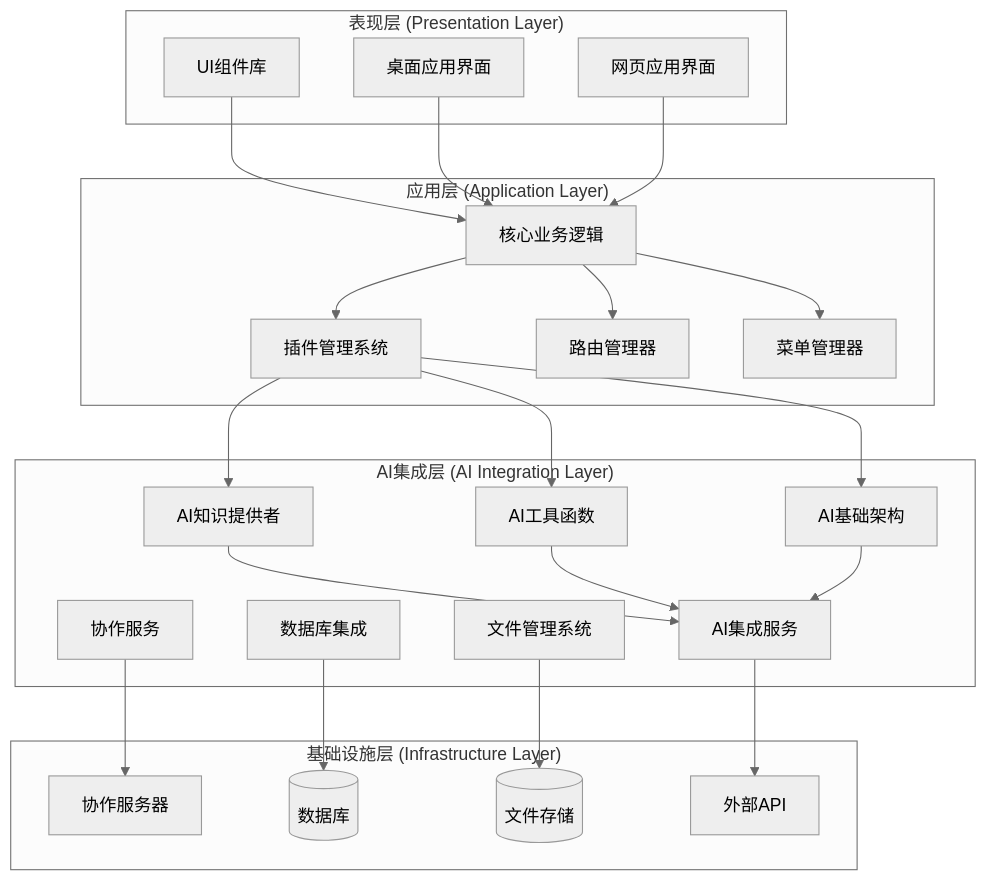
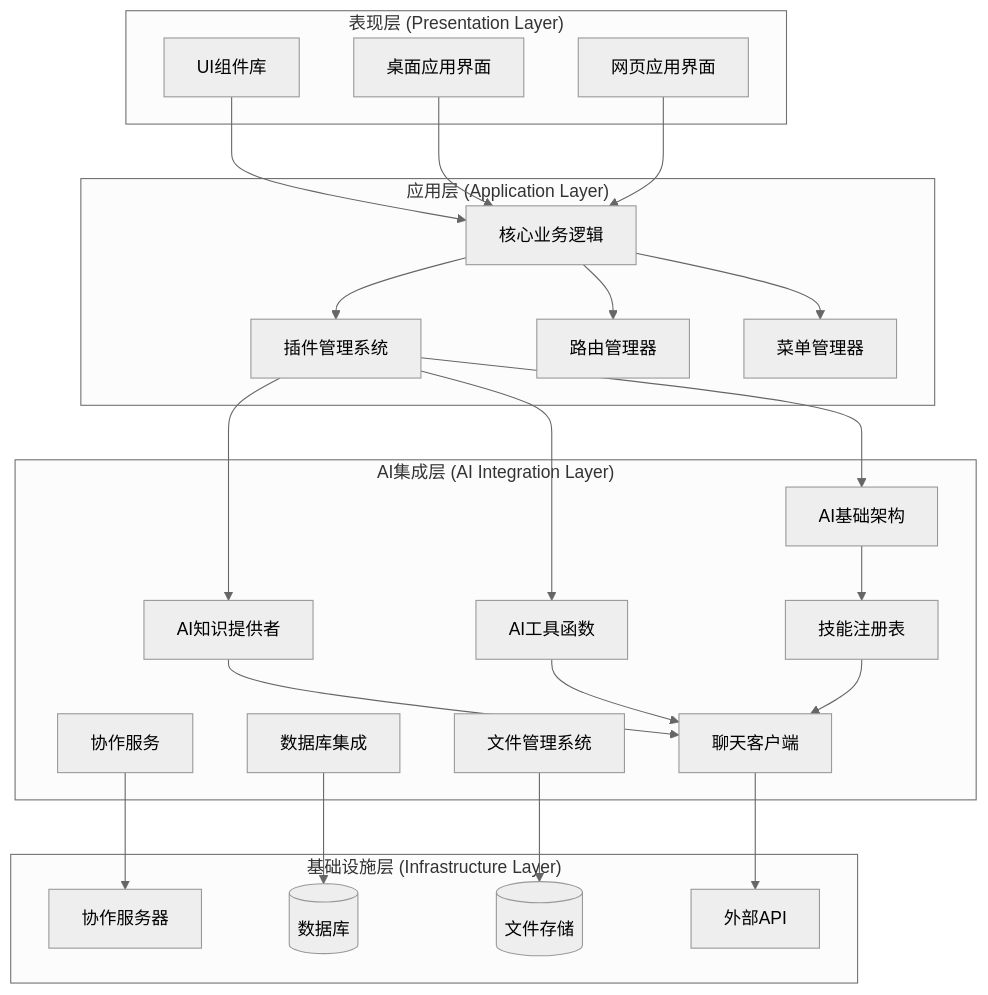
One commit to LRF0422/Kotion changed the fourth of 21 diagrams in .qoder/repowiki/zh/content/功能模块/AI插件/AI基础架构系统/AI基础架构系统.md. Above: the diagram before and after it, drawn with Mermaid (neutral theme). The commit also changed other lines of this file and 14 other files, not shown here.

````diff
--- a/.qoder/repowiki/zh/content/功能模块/AI插件/AI基础架构系统/AI基础架构系统.md
+++ b/.qoder/repowiki/zh/content/功能模块/AI插件/AI基础架构系统/AI基础架构系统.md
@@ -223,45 +233,47 @@
 ```mermaid
 graph TB
 subgraph "表现层 (Presentation Layer)"
 UIComponents[UI组件库]
 DesktopUI[桌面应用界面]
 WebUI[网页应用界面]
 end
 subgraph "应用层 (Application Layer)"
 CoreLogic[核心业务逻辑]
 PluginManager[插件管理系统]
 RouteManager[路由管理器]
 MenuManager[菜单管理器]
 end
 subgraph "AI集成层 (AI Integration Layer)"
 AIKnowledgeProvider[AI知识提供者]
 AIUtils[AI工具函数]
 AIFoundation[AI基础架构]
-AIIntegration[AI集成服务]
+SkillRegistry[技能注册表]
+ChatClient[聊天客户端]
 FileManagement[文件管理系统]
 DatabaseIntegration[数据库集成]
 Collaboration[协作服务]
 end
 subgraph "基础设施层 (Infrastructure Layer)"
 RoomServer[协作服务器]
 Database[(数据库)]
 Storage[(文件存储)]
 ExternalAPIs[外部API]
 end
 UIComponents --> CoreLogic
 DesktopUI --> CoreLogic
 WebUI --> CoreLogic
 CoreLogic --> PluginManager
 CoreLogic --> RouteManager
 CoreLogic --> MenuManager
 PluginManager --> AIKnowledgeProvider
 PluginManager --> AIUtils
 PluginManager --> AIFoundation
-AIKnowledgeProvider --> AIIntegration
-AIUtils --> AIIntegration
-AIFoundation --> AIIntegration
-AIIntegration --> ExternalAPIs
+AIKnowledgeProvider --> ChatClient
+AIUtils --> ChatClient
+AIFoundation --> SkillRegistry
+SkillRegistry --> ChatClient
+ChatClient --> ExternalAPIs
 FileManagement --> Storage
 DatabaseIntegration --> Database
 Collaboration --> RoomServer
 ```
````
